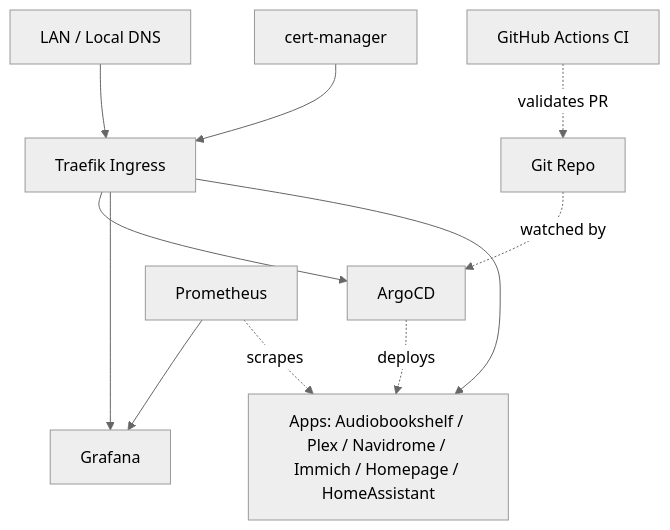
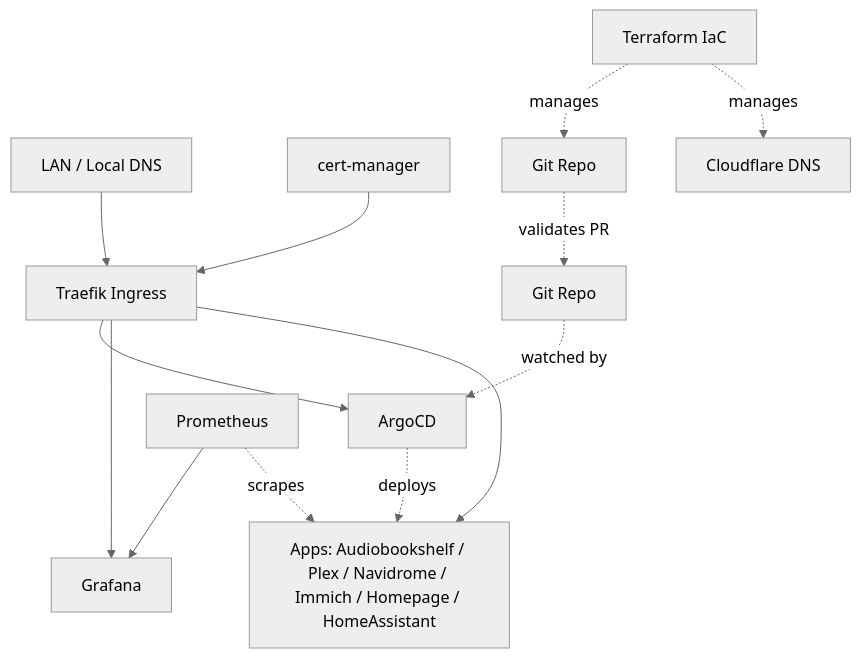
Before and after one commit to pakube999/lab: the diagram in README.md, drawn with Mermaid (neutral theme). The commit also changed other lines of this file, not shown here.

Commit message:
docs: README.md update (#81)

````diff
--- a/README.md
+++ b/README.md
@@ -15,13 +15,15 @@
 ```mermaid
 graph TD
     LAN[LAN / Local DNS] --> Traefik[Traefik Ingress]
     CertManager[cert-manager] --> Traefik
     Traefik --> ArgoCD
     Traefik --> Grafana
     Traefik --> Apps[Apps: Audiobookshelf / Plex / Navidrome / Immich / Homepage / HomeAssistant]
     Prometheus --> Grafana
     Prometheus -.scrapes.-> Apps
     GitHub[GitHub Actions CI] -.validates PR.-> Repo[Git Repo]
     Repo -.watched by.-> ArgoCD
     ArgoCD -.deploys.-> Apps
+    Terraform[Terraform IaC] -.manages.-> GitHub[Git Repo]
+    Terraform -.manages.-> Cloudflare[Cloudflare DNS]
 ```
````
